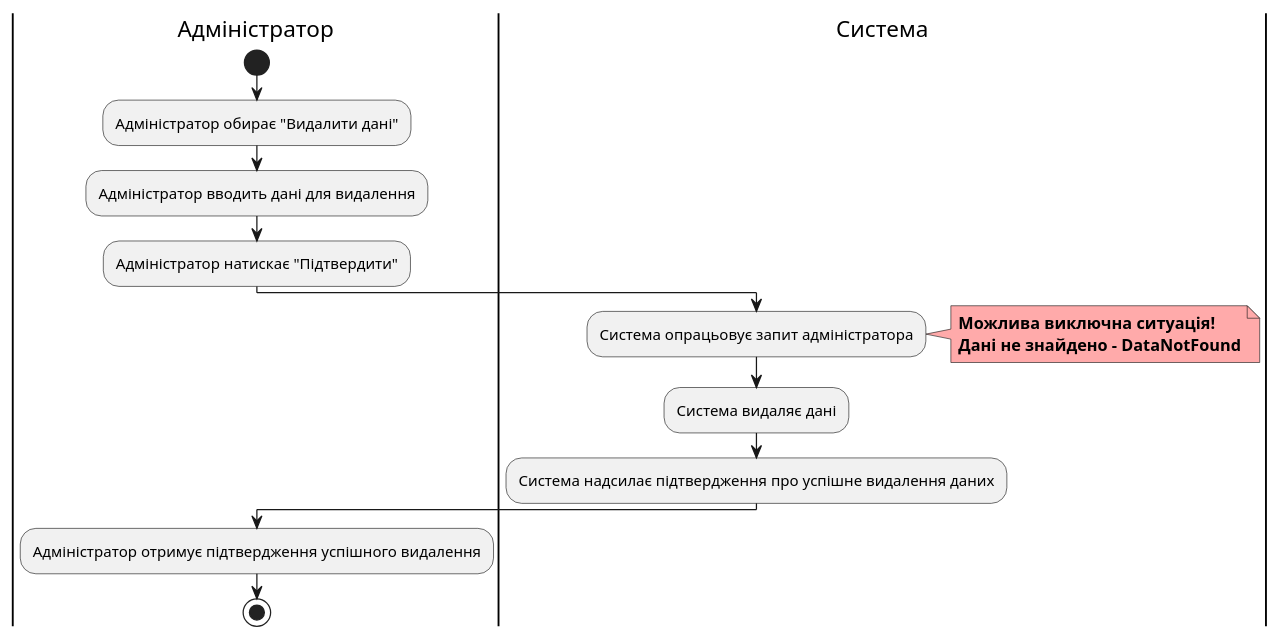
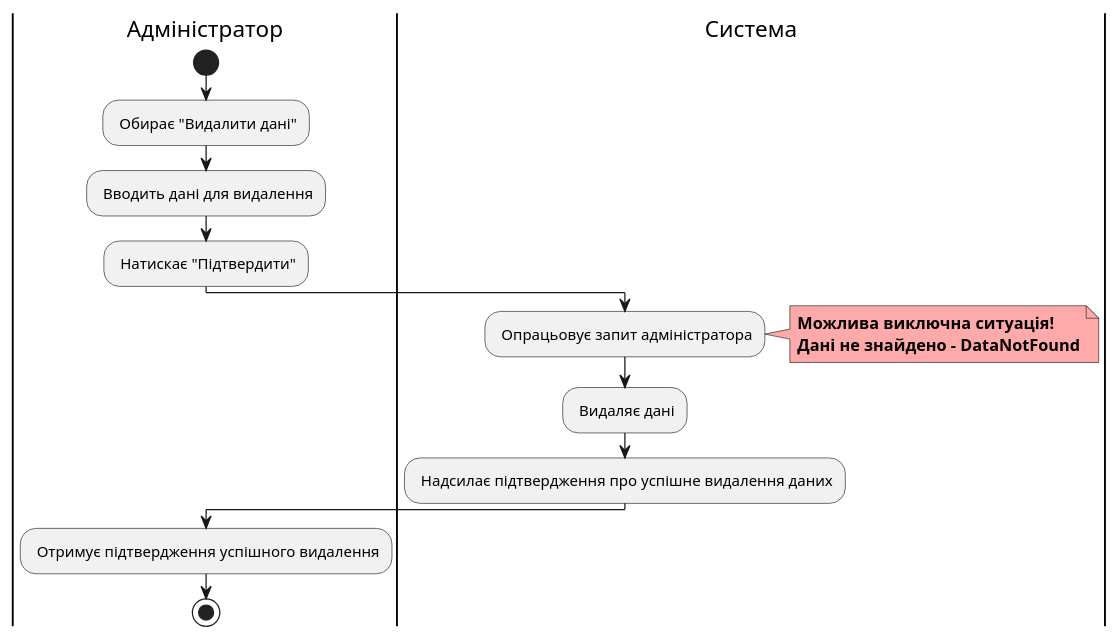
Before and after one commit to watashone/db-labs: diagram 12 of 17 in docs/use cases/README.md, drawn with PlantUML. The commit also changed other lines of this file, not shown here.

````diff
--- a/docs/use cases/README.md
+++ b/docs/use cases/README.md
@@ -409,20 +406,20 @@
 ```plantuml
 @startuml
-|Адміністратор|
-start
-:Адміністратор обирає "Видалити дані";
-:Адміністратор вводить дані для видалення;
-:Адміністратор натискає "Підтвердити";
-|Система|
-:Система опрацьовує запит адміністратора;
-note right #ffaaaa
-<b>Можлива виключна ситуація!
-<b>Дані не знайдено - DataNotFound
-end note
-:Система видаляє дані;
-:Система надсилає підтвердження про успішне видалення даних;
-|Адміністратор|
-:Адміністратор отримує підтвердження успішного видалення;
-stop;
+    |Адміністратор|
+        start
+        : Обирає "Видалити дані";
+        : Вводить дані для видалення;
+        : Натискає "Підтвердити";
+    |Система|
+        : Опрацьовує запит адміністратора;
+        note right #ffaaaa
+        <b>Можлива виключна ситуація!
+        <b>Дані не знайдено - DataNotFound
+        end note
+        : Видаляє дані;
+        : Надсилає підтвердження про успішне видалення даних;
+    |Адміністратор|
+        : Отримує підтвердження успішного видалення;
+        stop;
 @enduml
 ```
````
